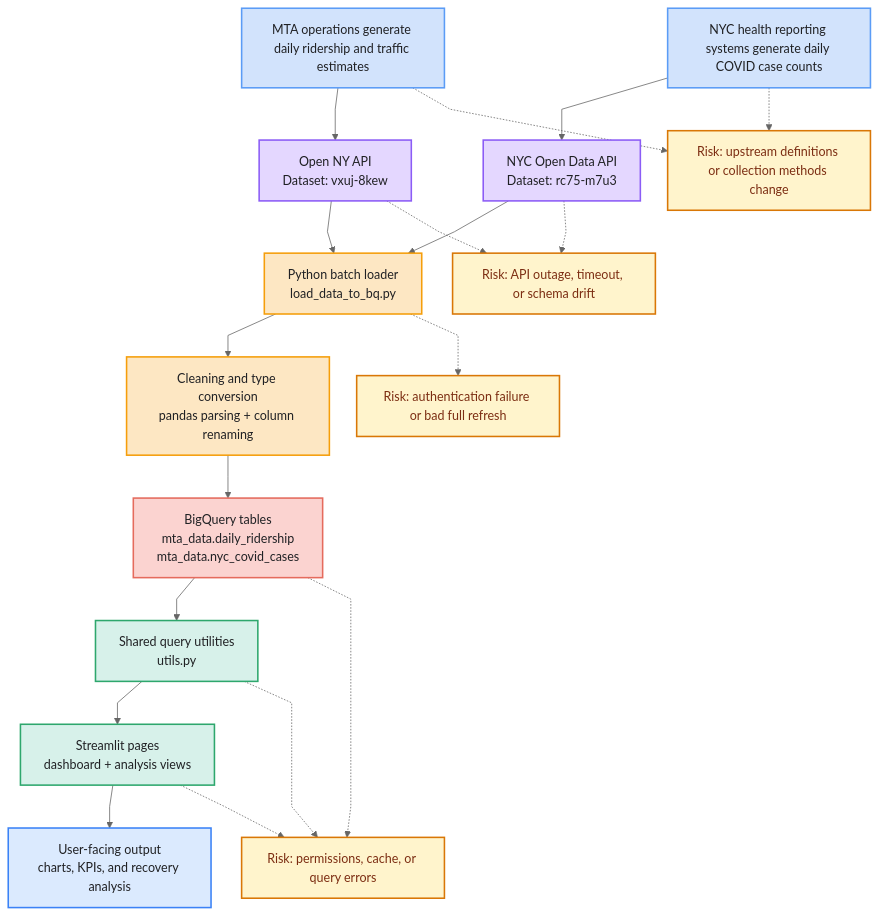
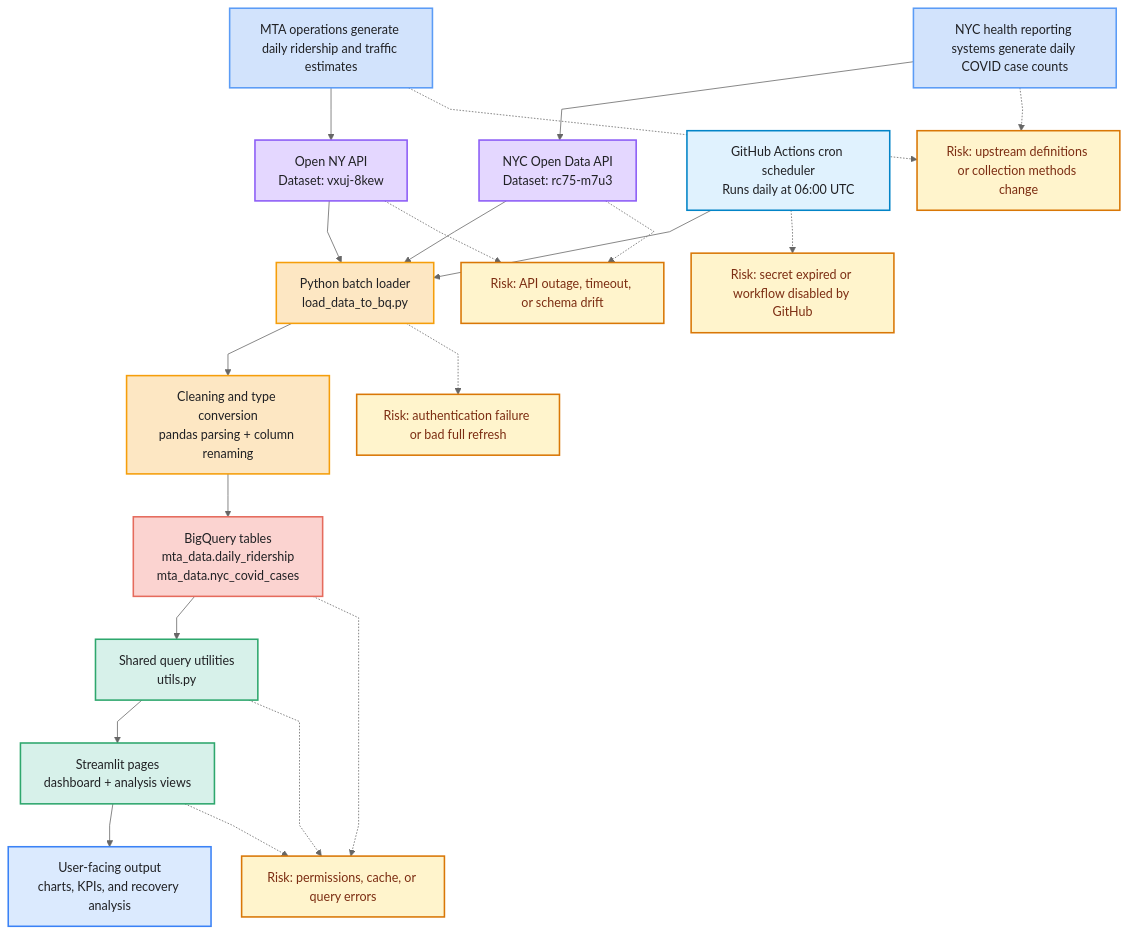
The diagram in LAB_11_DIAGRAM.md (advanced-computing/bouncing-penguin), drawn with Mermaid before and after one commit. The commit also changed other lines of this file and 4 other files, not shown here.

````diff
--- a/LAB_11_DIAGRAM.md
+++ b/LAB_11_DIAGRAM.md
@@ -5,44 +5,50 @@
 ```mermaid
 %%{init: {'theme': 'neutral', 'flowchart': {'curve': 'linear', 'nodeSpacing': 35, 'rankSpacing': 55}}}%%
 flowchart TD
     A["MTA operations generate daily ridership and traffic estimates"]:::source
     B["NYC health reporting systems generate daily COVID case counts"]:::source
 
     C["Open NY API<br/>Dataset: vxuj-8kew"]:::api
     D["NYC Open Data API<br/>Dataset: rc75-m7u3"]:::api
+
+    S["GitHub Actions cron scheduler<br/>Runs daily at 06:00 UTC"]:::scheduler
 
     E["Python batch loader<br/>load_data_to_bq.py"]:::loader
     F["Cleaning and type conversion<br/>pandas parsing + column renaming"]:::loader
     G["BigQuery tables<br/>mta_data.daily_ridership<br/>mta_data.nyc_covid_cases"]:::storage
     H["Shared query utilities<br/>utils.py"]:::app
     I["Streamlit pages<br/>dashboard + analysis views"]:::app
     J["User-facing output<br/>charts, KPIs, and recovery analysis"]:::output
 
     R1["Risk: upstream definitions or collection methods change"]:::risk
     R2["Risk: API outage, timeout, or schema drift"]:::risk
     R3["Risk: authentication failure or bad full refresh"]:::risk
     R4["Risk: permissions, cache, or query errors"]:::risk
+    R5["Risk: secret expired or workflow disabled by GitHub"]:::risk
 
     A --> C
     B --> D
+    S --> E
     C --> E
     D --> E
     E --> F --> G --> H --> I --> J
 
     A -.-> R1
     B -.-> R1
     C -.-> R2
     D -.-> R2
+    S -.-> R5
     E -.-> R3
     G -.-> R4
     H -.-> R4
     I -.-> R4
 
     classDef source fill:#d2e3fc,stroke:#5b9cf6,color:#202124,stroke-width:2px;
     classDef api fill:#e4d7ff,stroke:#8b5cf6,color:#202124,stroke-width:2px;
     classDef loader fill:#fde7c3,stroke:#f59e0b,color:#202124,stroke-width:2px;
     classDef storage fill:#fbd3d0,stroke:#e56b5d,color:#202124,stroke-width:2px;
     classDef app fill:#d7f1ea,stroke:#2ea76d,color:#202124,stroke-width:2px;
     classDef output fill:#dbeafe,stroke:#3b82f6,color:#202124,stroke-width:2px;
+    classDef scheduler fill:#e0f2fe,stroke:#0284c7,color:#202124,stroke-width:2px;
     classDef risk fill:#fff4cc,stroke:#d97706,color:#7c2d12,stroke-width:2px;
 ```
````
